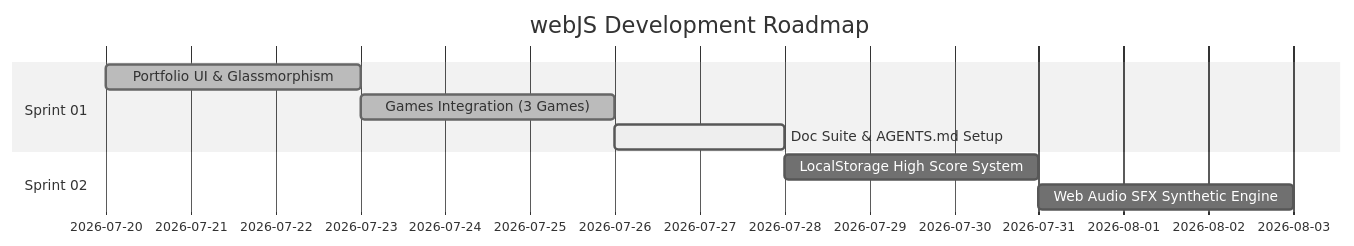
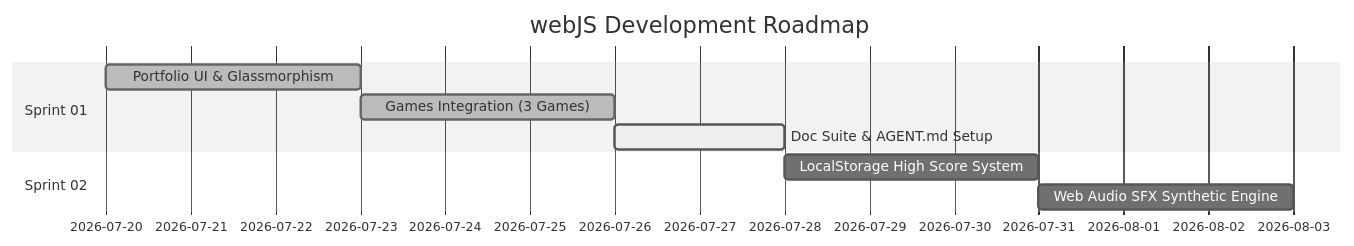
One commit to nopponaim603/webJS changed the diagram in docs/agile/02-sprint-planning.md. Above: the diagram before and after it, drawn with Mermaid (neutral theme). The commit also changed 69 other files, not shown here.

Commit message:
feat: implement multi-engine game architecture with Phaser and Babylon adapters, adding example games and supporting documentation.

````diff
--- a/docs/agile/02-sprint-planning.md
+++ b/docs/agile/02-sprint-planning.md
@@ -18,12 +18,12 @@
 ```mermaid
 gantt
     title webJS Development Roadmap
     dateFormat  YYYY-MM-DD
     section Sprint 01
     Portfolio UI & Glassmorphism   :done, s1_1, 2026-07-20, 3d
     Games Integration (3 Games)     :done, s1_2, 2026-07-23, 3d
-    Doc Suite & AGENTS.md Setup     :active, s1_3, 2026-07-26, 2d
+    Doc Suite & AGENT.md Setup      :active, s1_3, 2026-07-26, 2d
     section Sprint 02
     LocalStorage High Score System  :s2_1, 2026-07-28, 3d
     Web Audio SFX Synthetic Engine  :s2_2, 2026-07-31, 3d
 ```
````
